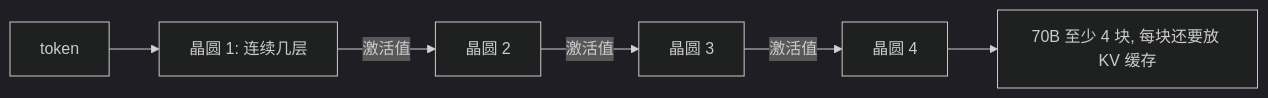
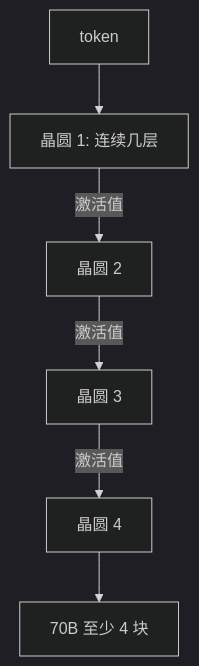
Before and after one commit to ChiChasesCheese/trellis: the diagram in vault/interviews/companies/cerebras/deck/cards/company/cbr-company-capacity-cost.md, drawn with Mermaid (dark theme). The commit also changed 27 other files, not shown here.

First line of the commit message:
Cerebras HM prep: phone-sized diagrams and two corrected facts in the 100 cards for the hiring-manager round

````diff
--- a/vault/interviews/companies/cerebras/deck/cards/company/cbr-company-capacity-cost.md
+++ b/vault/interviews/companies/cerebras/deck/cards/company/cbr-company-capacity-cost.md
@@ -16,8 +16,8 @@
 ```mermaid
-flowchart LR
+flowchart TD
     T["token"] --> W1["晶圆 1: 连续几层"]
     W1 -- "激活值" --> W2["晶圆 2"]
     W2 -- "激活值" --> W3["晶圆 3"]
     W3 -- "激活值" --> W4["晶圆 4"]
-    W4 --> O["70B 至少 4 块, 每块还要放 KV 缓存"]
+    W4 --> O["70B 至少 4 块"]
 ```
````
